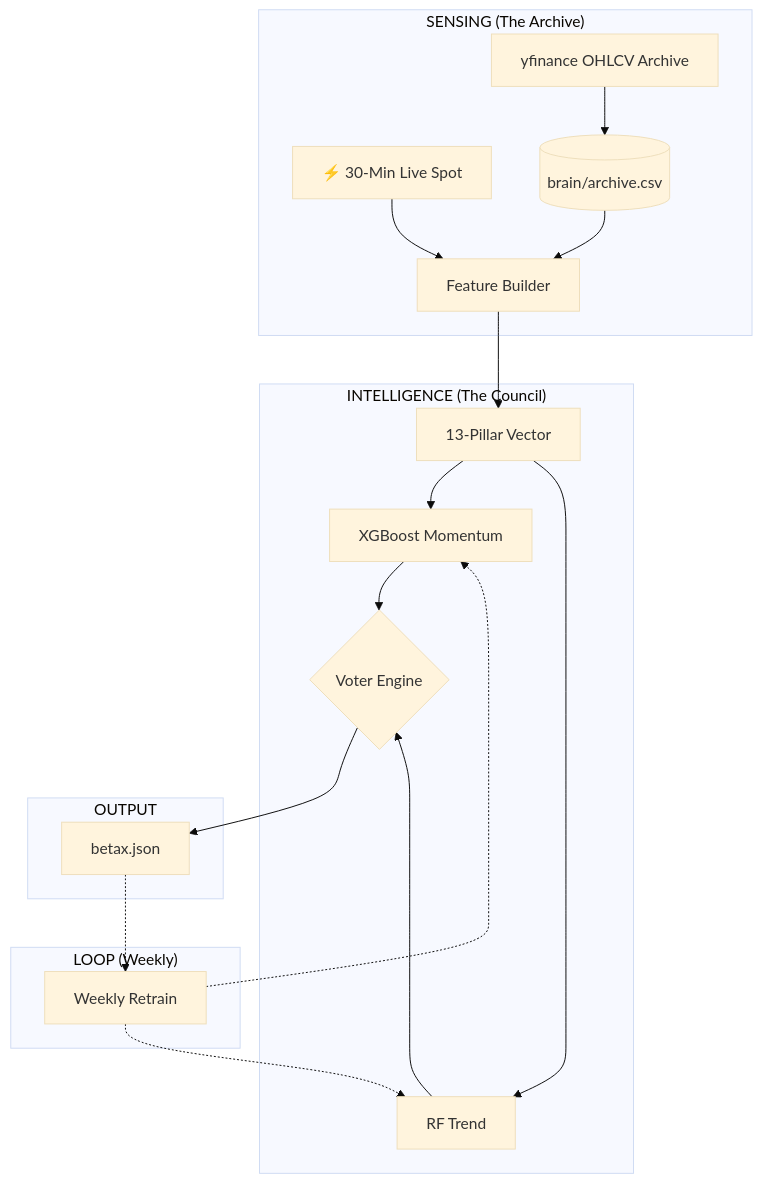
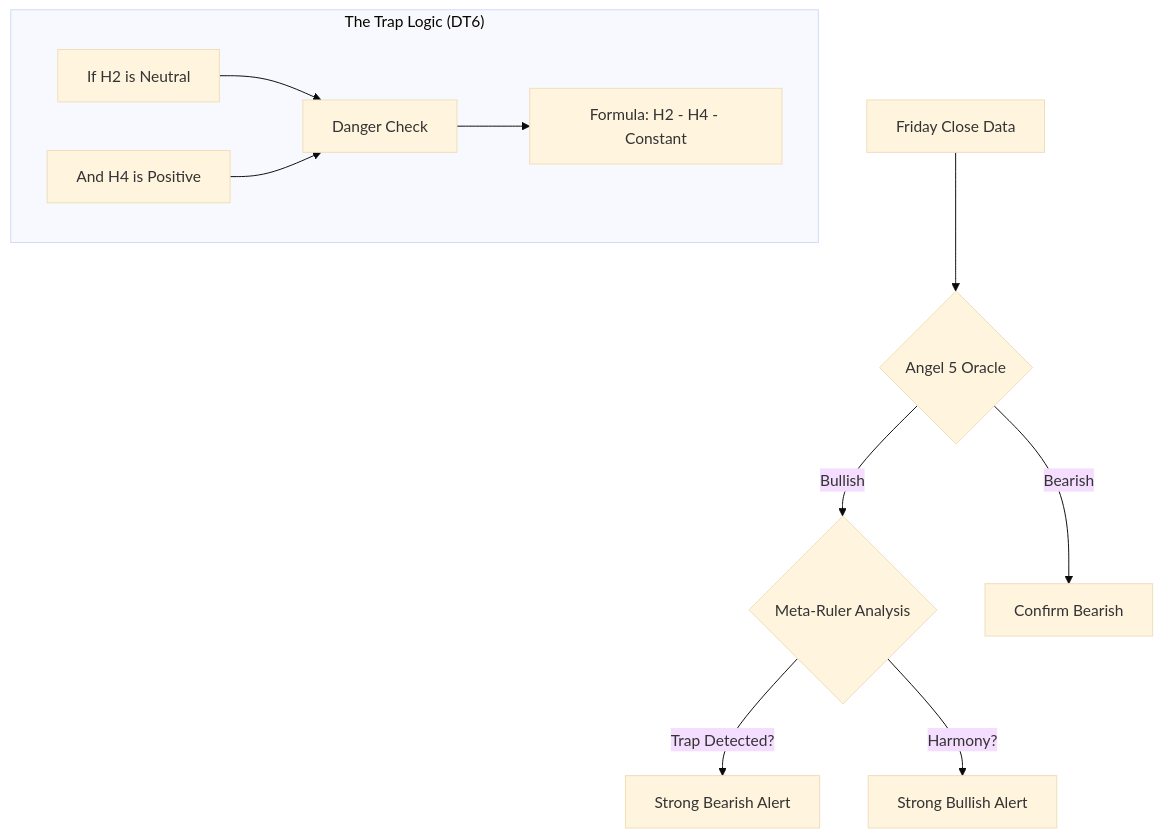
Before and after one commit to pravindev666/Tradyx-Aleph: the second of 2 diagrams in README.md, drawn with Mermaid (base theme). The commit also changed other lines of this file, not shown here.

````diff
--- a/README.md
+++ b/README.md
@@ -46,24 +88,15 @@
 ```mermaid
-graph TD
-    subgraph "SENSING (The Archive)"
-        B_LIVE[⚡ 30-Min Live Spot] --> B_ENG
-        B_YF[yfinance OHLCV Archive] --> B_DB[(brain/archive.csv)]
-        B_DB --> B_ENG[Feature Builder]
-    end
-
-    subgraph "INTELLIGENCE (The Council)"
-        B_ENG --> B_13[13-Pillar Vector]
-        B_13 --> B_XGB[XGBoost Momentum]
-        B_13 --> B_RF[RF Trend]
-        B_XGB & B_RF --> B_VOTE{Voter Engine}
-    end
-
-    subgraph "OUTPUT"
-        B_VOTE --> B_JSON[betax.json]
-    end
-
-    subgraph "LOOP (Weekly)"
-        B_JSON -.-> B_REFRESH[Weekly Retrain]
-        B_REFRESH -.-> B_XGB & B_RF
+flowchart TD
+    A[Friday Close Data] --> B{Angel 5 Oracle}
+    B -- Bullish --> C{Meta-Ruler Analysis}
+    B -- Bearish --> D[Confirm Bearish]
+    
+    C -- "Trap Detected?" --> E[Strong Bearish Alert]
+    C -- "Harmony?" --> F[Strong Bullish Alert]
+    
+    subgraph "The Trap Logic (DT6)"
+    G[If H2 is Neutral] --> I[Danger Check]
+    H[And H4 is Positive] --> I
+    I --> J[Formula: H2 - H4 - Constant]
     end
 ```
````
